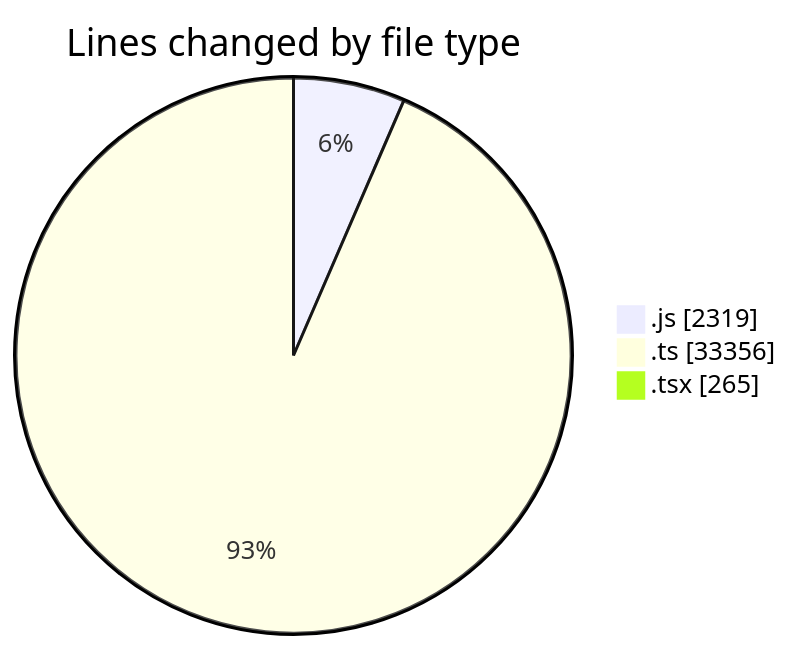
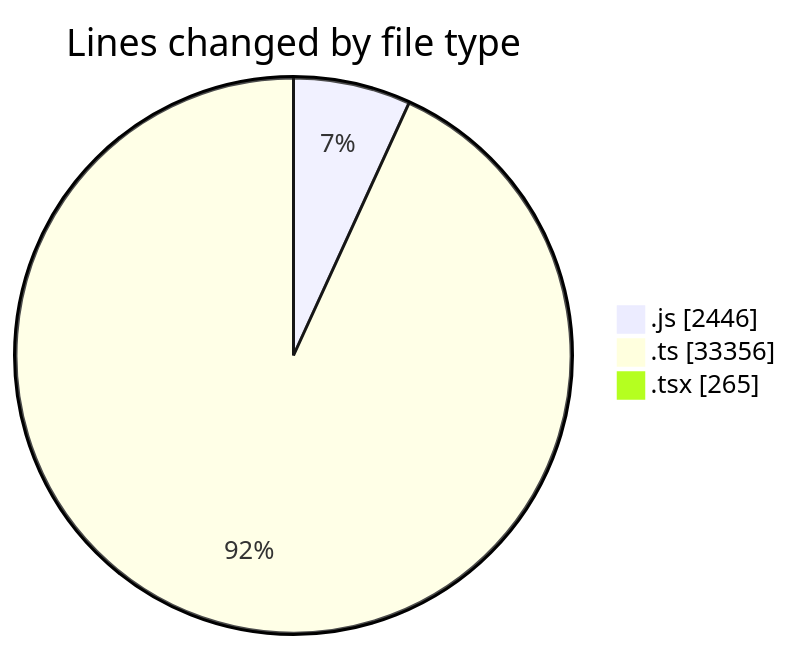
One commit to momahboobian/code-tracking changed the first of 2 diagrams in 2026-02-09/cda/README.md. Above: the diagram before and after it, drawn with Mermaid. The commit also changed other lines of this file and 1 other file, not shown here.

````diff
--- a/2026-02-09/cda/README.md
+++ b/2026-02-09/cda/README.md
@@ -37,7 +38,7 @@
 ```mermaid
 pie showData
 title Lines changed by file type
-".js" : 2319
+".js" : 2446
 ".ts" : 33356
 ".tsx" : 265
 ```
````
